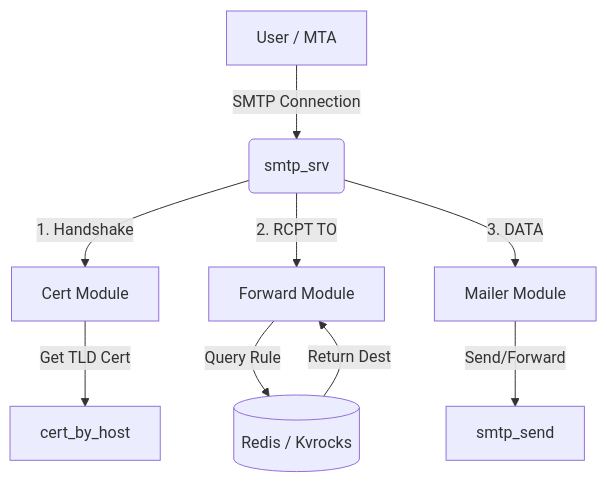
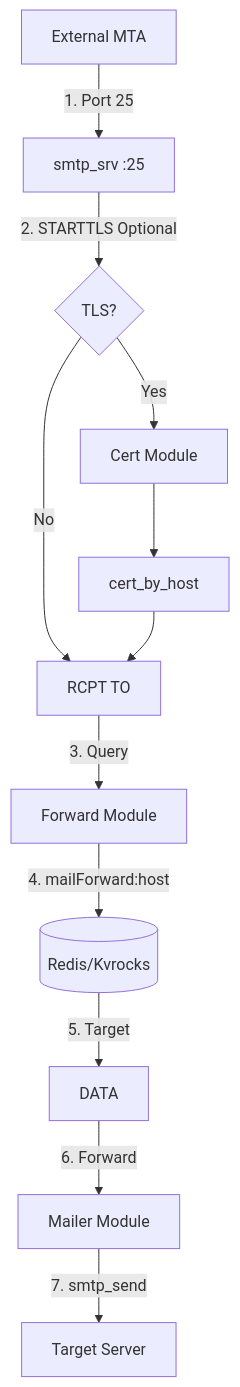
Before and after one commit to js0-site/rust: the first of 2 diagrams in smtp_srv/readme/en.md, drawn with Mermaid. The commit also changed other lines of this file and 17 other files, not shown here.

````diff
--- a/smtp_srv/readme/en.md
+++ b/smtp_srv/readme/en.md
@@ -70,13 +38,14 @@
 ```mermaid
 graph TD
-  User[User / MTA] -->|SMTP Connection| Server(smtp_srv)
-  Server -->|1. Handshake| Cert[Cert Module]
-  Cert -->|Get TLD Cert| CBH[cert_by_host]
-
-  Server -->|2. RCPT TO| Fwd[Forward Module]
-  Fwd -->|Query Rule| DB[(Redis / Kvrocks)]
-  DB -->|Return Dest| Fwd
-
-  Server -->|3. DATA| Mailer[Mailer Module]
-  Mailer -->|Send/Forward| SMTP_Send[smtp_send]
+  MTA[External MTA] -->|1. Port 25| P25[smtp_srv :25]
+  P25 -->|2. STARTTLS Optional| TLS{TLS?}
+  TLS -->|Yes| Cert[Cert Module]
+  Cert --> CBH[cert_by_host]
+  TLS -->|No| RCPT[RCPT TO]
+  CBH --> RCPT
+  RCPT -->|3. Query| Fwd[Forward Module]
+  Fwd -->|4. mailForward:host| DB[(Redis/Kvrocks)]
+  DB -->|5. Target| DATA[DATA]
+  DATA -->|6. Forward| Mailer[Mailer Module]
+  Mailer -->|7. smtp_send| Target[Target Server]
 ```
````
